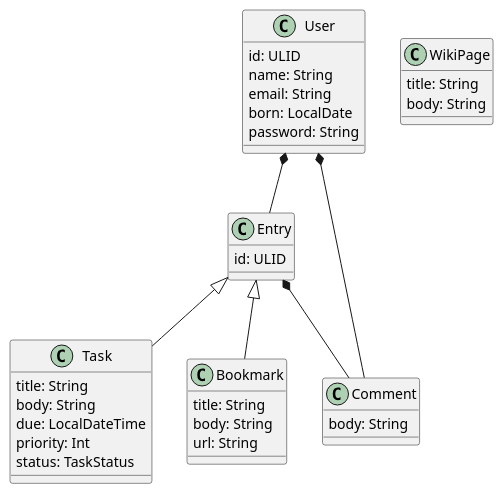
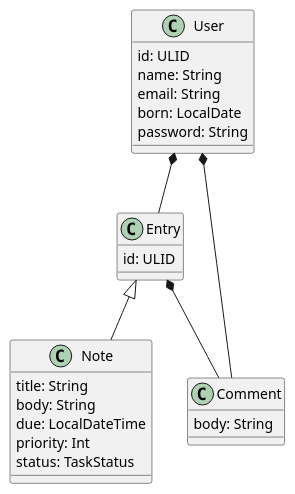
The diagram in docs/mvp-model.puml (jvorhauer/spikes), drawn with PlantUML before and after one commit. The commit also changed 13 other files, not shown here.

```diff
--- a/docs/mvp-model.puml
+++ b/docs/mvp-model.puml
@@ -1,44 +1,32 @@
 @startuml
 
 class User {
   id: ULID
   name: String
   email: String
   born: LocalDate
   password: String
 }
 
 class Entry {
   id: ULID
 }
 
-class Task {
+class Note {
   title: String
   body: String
   due: LocalDateTime
   priority: Int
   status: TaskStatus
 }
-Entry <|-- Task
-
-class Bookmark {
-  title: String
-  body: String
-  url: String
-}
-Entry <|-- Bookmark
-
-class WikiPage {
-  title: String
-  body: String
-}
+Entry <|-- Note
 
 class Comment {
   body: String
 }
 
 User *-- Comment
 User *-- Entry
 Entry *-- Comment
 
 @enduml
```
